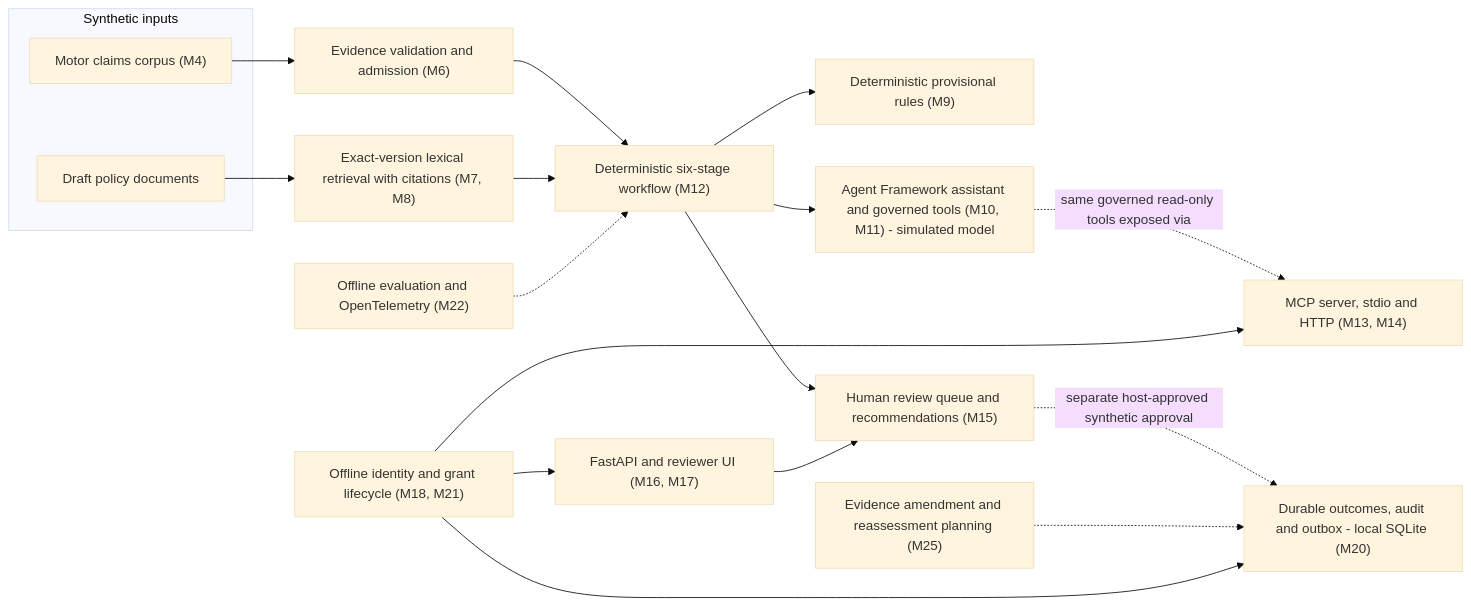
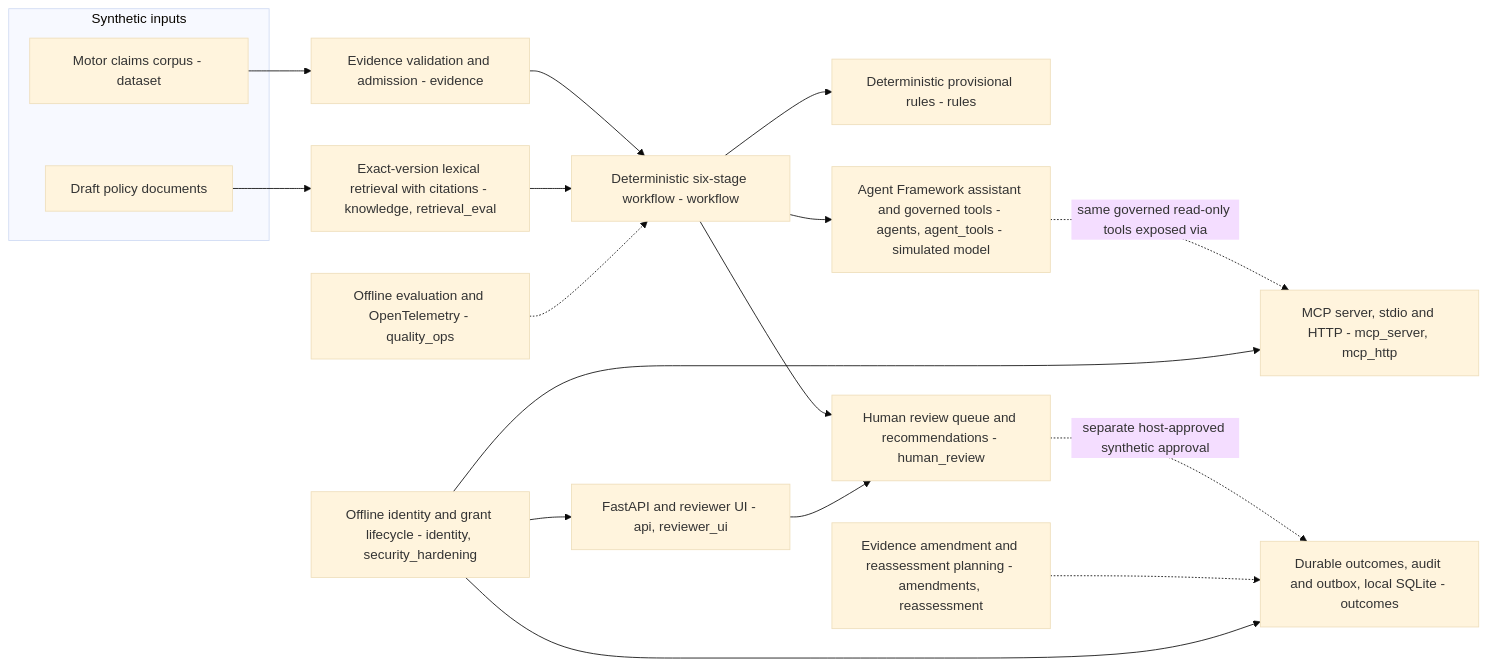
Before and after one commit to Ibraheemolasupogit/enterprise-azure-agentic-ai-claims-processing: the diagram in README.md, drawn with Mermaid (base theme). The commit also changed other lines of this file, not shown here.

````diff
--- a/README.md
+++ b/README.md
@@ -52,22 +27,22 @@
 ```mermaid
 flowchart LR
     subgraph Inputs["Synthetic inputs"]
-        Corpus["Motor claims corpus (M4)"]
+        Corpus["Motor claims corpus - dataset"]
         Policy["Draft policy documents"]
     end
-    Corpus --> Evidence["Evidence validation and admission (M6)"]
-    Policy --> Retrieval["Exact-version lexical retrieval with citations (M7, M8)"]
-    Evidence --> Workflow["Deterministic six-stage workflow (M12)"]
+    Corpus --> Evidence["Evidence validation and admission - evidence"]
+    Policy --> Retrieval["Exact-version lexical retrieval with citations - knowledge, retrieval_eval"]
+    Evidence --> Workflow["Deterministic six-stage workflow - workflow"]
     Retrieval --> Workflow
-    Workflow --> Rules["Deterministic provisional rules (M9)"]
-    Workflow --> Agent["Agent Framework assistant and governed tools (M10, M11) - simulated model"]
-    Agent -.->|same governed read-only tools exposed via| MCP["MCP server, stdio and HTTP (M13, M14)"]
-    Workflow --> Review["Human review queue and recommendations (M15)"]
-    API["FastAPI and reviewer UI (M16, M17)"] --> Review
-    Review -.->|separate host-approved synthetic approval| Outcomes["Durable outcomes, audit and outbox - local SQLite (M20)"]
-    Amend["Evidence amendment and reassessment planning (M25)"] -.-> Outcomes
-    Identity["Offline identity and grant lifecycle (M18, M21)"] --> API
+    Workflow --> Rules["Deterministic provisional rules - rules"]
+    Workflow --> Agent["Agent Framework assistant and governed tools - agents, agent_tools - simulated model"]
+    Agent -.->|same governed read-only tools exposed via| MCP["MCP server, stdio and HTTP - mcp_server, mcp_http"]
+    Workflow --> Review["Human review queue and recommendations - human_review"]
+    API["FastAPI and reviewer UI - api, reviewer_ui"] --> Review
+    Review -.->|separate host-approved synthetic approval| Outcomes["Durable outcomes, audit and outbox, local SQLite - outcomes"]
+    Amend["Evidence amendment and reassessment planning - amendments, reassessment"] -.-> Outcomes
+    Identity["Offline identity and grant lifecycle - identity, security_hardening"] --> API
     Identity --> MCP
     Identity --> Outcomes
-    Ops["Offline evaluation and OpenTelemetry (M22)"] -.-> Workflow
+    Ops["Offline evaluation and OpenTelemetry - quality_ops"] -.-> Workflow
 ```
````
